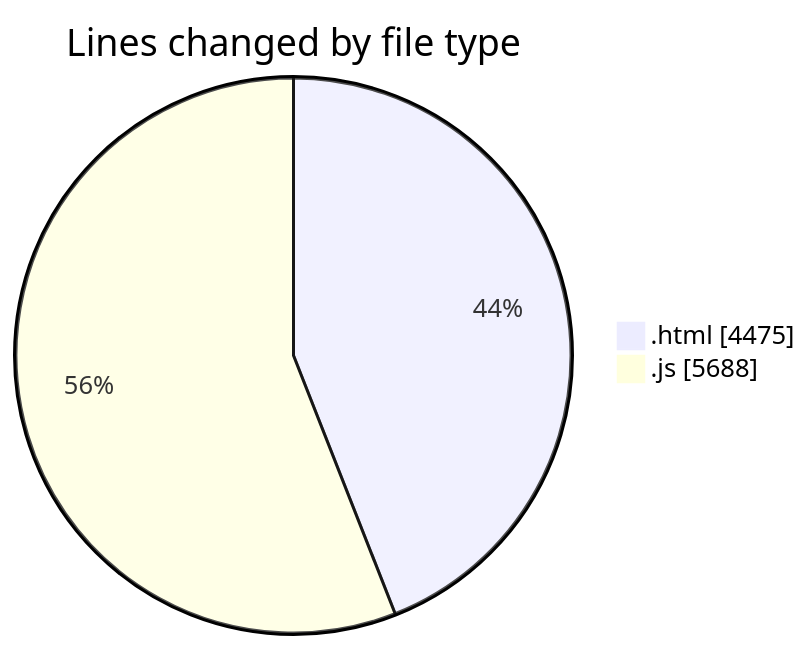
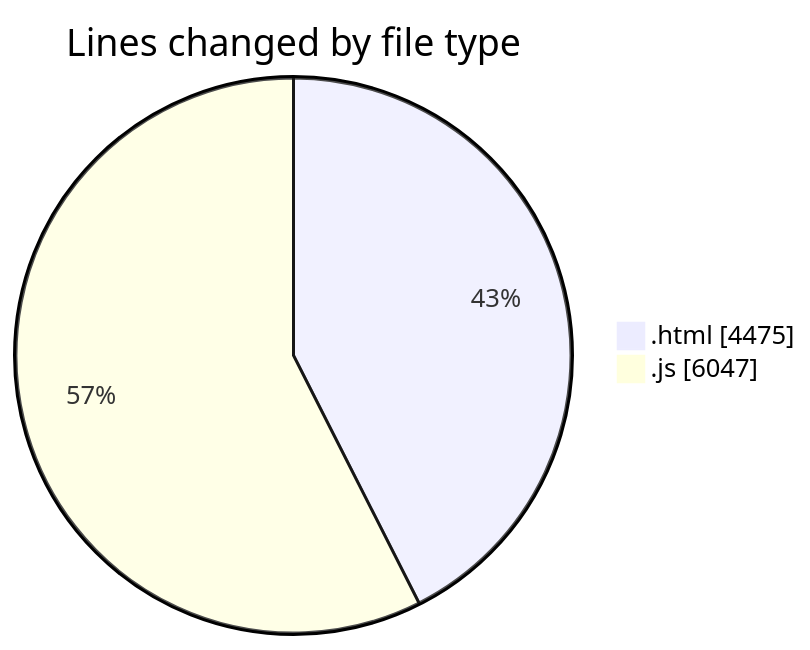
The first of 2 diagrams in 2026-02-19/bot_v1_2/README.md (becaeroporto-bot/code-tracking), drawn with Mermaid before and after one commit. The commit also changed other lines of this file and 1 other file, not shown here.

````diff
--- a/2026-02-19/bot_v1_2/README.md
+++ b/2026-02-19/bot_v1_2/README.md
@@ -28,6 +28,6 @@
 ```mermaid
 pie showData
 title Lines changed by file type
 ".html" : 4475
-".js" : 5688
+".js" : 6047
 ```
````
